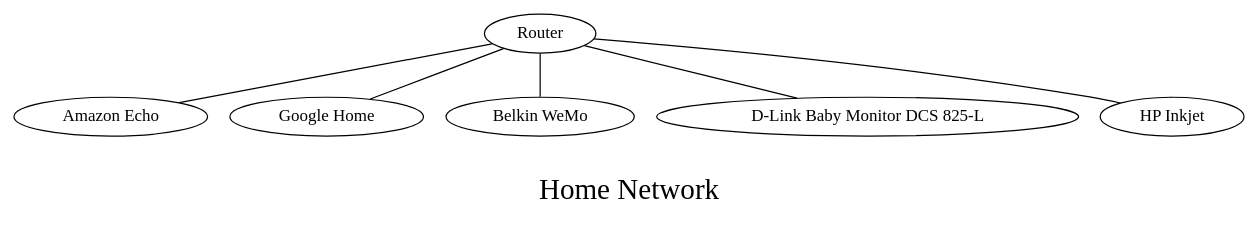
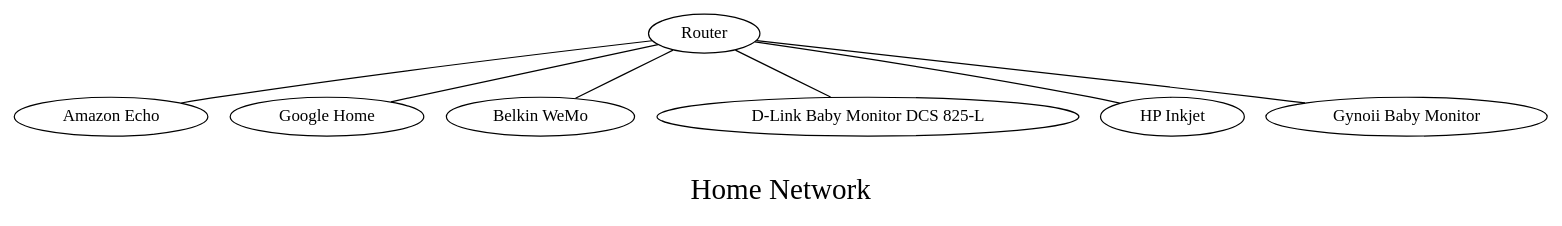
One commit to joshpxyne/iot-sec-attack-circuits changed the diagram in home_network.dot. Above: the diagram before and after it, drawn with Graphviz. The commit also changed 5 other files, not shown here.

```diff
--- a/home_network.dot
+++ b/home_network.dot
@@ -1,20 +1,22 @@
 /*****
 Home Network
 *****/
 
 graph G {
   graph [splines=true overlap=false]
   node  [shape=ellipse, width=0.3, height=0.3]
   1 [label="Router"];
   2 [label="Amazon Echo"];
   3 [label="Google Home"];
   4 [label="Belkin WeMo"];
   5 [label="D-Link Baby Monitor DCS 825-L"];
   6 [label="HP Inkjet"];
+  7 [label="Gynoii Baby Monitor"];
   1 -- 2;
   1 -- 3;
   1 -- 4;
   1 -- 5;
   1 -- 6;
+  1 -- 7;
   label = "\nHome Network\n";  fontsize=24;
 }
```
